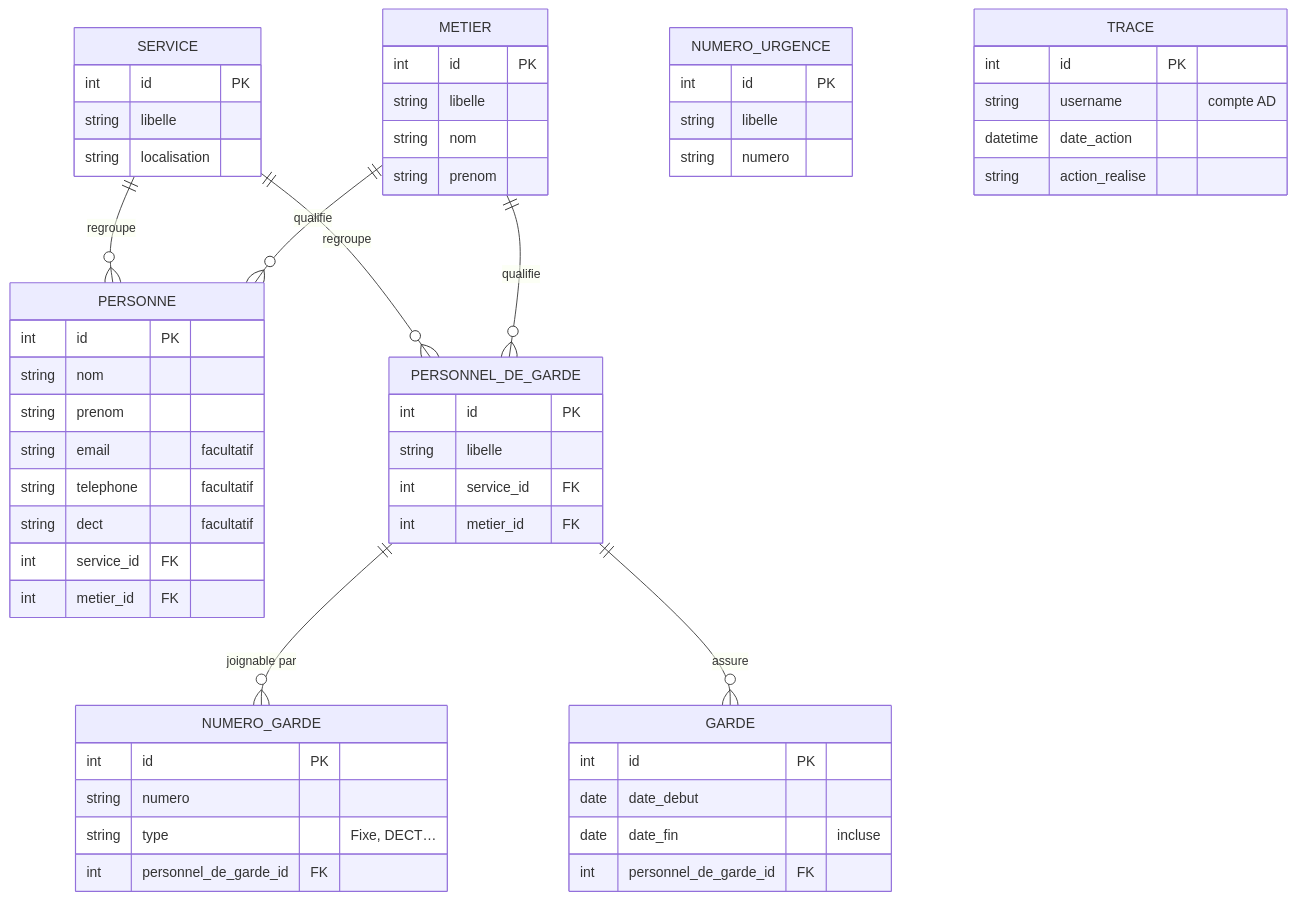
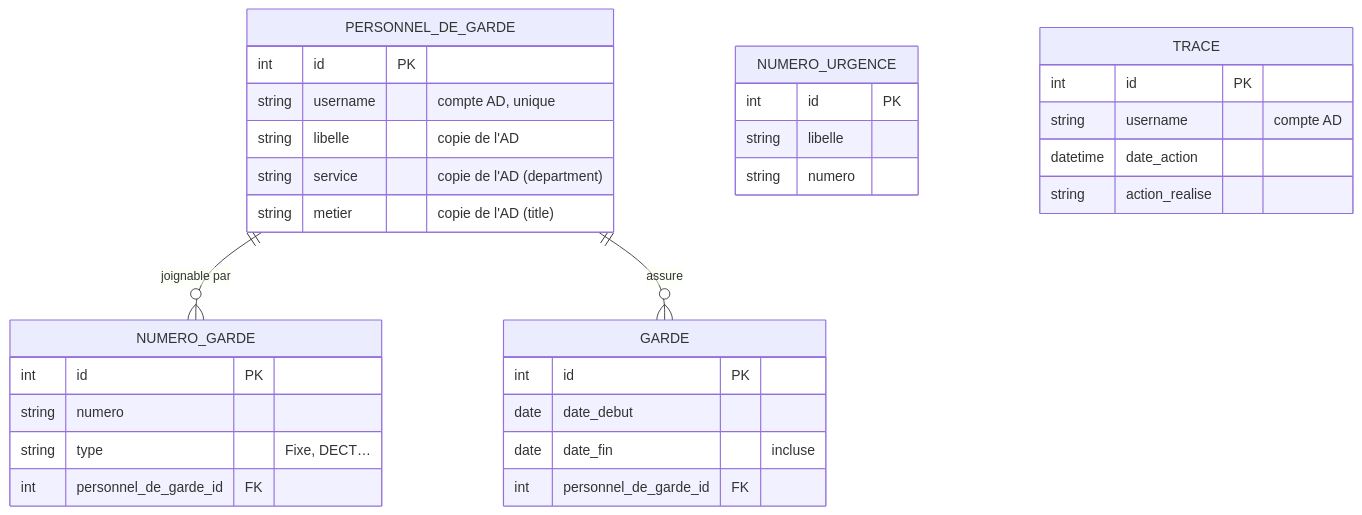
The diagram in API REST/README.md (Otto-Cyril/API-REST-annuaire), drawn with Mermaid before and after one commit. The commit also changed other lines of this file and 60 other files, not shown here.

First line of the commit message:
Brancher l'annuaire sur l'AD : personnel de garde et personnes lus depuis LDAP

````diff
--- a/API REST/README.md
+++ b/API REST/README.md
@@ -157,60 +159,36 @@
 ```mermaid
 erDiagram
-    SERVICE ||--o{ PERSONNE : "regroupe"
-    METIER ||--o{ PERSONNE : "qualifie"
-    SERVICE ||--o{ PERSONNEL_DE_GARDE : "regroupe"
-    METIER ||--o{ PERSONNEL_DE_GARDE : "qualifie"
     PERSONNEL_DE_GARDE ||--o{ NUMERO_GARDE : "joignable par"
     PERSONNEL_DE_GARDE ||--o{ GARDE : "assure"
 
-    SERVICE {
-        int id PK
-        string libelle
-        string localisation
-    }
-    METIER {
-        int id PK
-        string libelle
-        string nom
-        string prenom
-    }
-    PERSONNE {
-        int id PK
-        string nom
-        string prenom
-        string email "facultatif"
-        string telephone "facultatif"
-        string dect "facultatif"
-        int service_id FK
-        int metier_id FK
-    }
     PERSONNEL_DE_GARDE {
         int id PK
-        string libelle
-        int service_id FK
-        int metier_id FK
+        string username "compte AD, unique"
+        string libelle "copie de l'AD"
+        string service "copie de l'AD (department)"
+        string metier "copie de l'AD (title)"
     }
     NUMERO_GARDE {
         int id PK
         string numero
         string type "Fixe, DECT…"
         int personnel_de_garde_id FK
     }
     GARDE {
         int id PK
         date date_debut
         date date_fin "incluse"
         int personnel_de_garde_id FK
     }
     NUMERO_URGENCE {
         int id PK
         string libelle
         string numero
     }
     TRACE {
         int id PK
         string username "compte AD"
         datetime date_action
         string action_realise
     }
 ```
````
